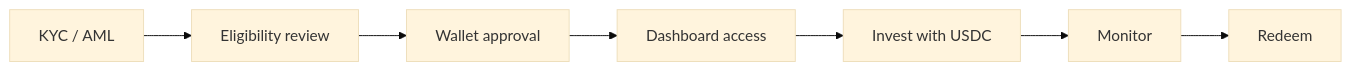
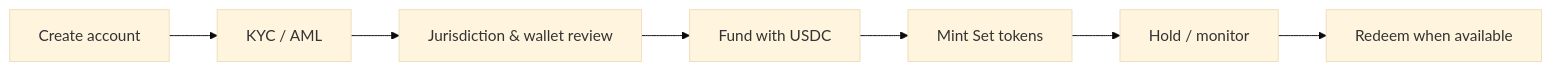
Before and after one commit to Coreset-labs/setmos-docs: the diagram in how-to-invest.mdx, drawn with Mermaid (base theme). The commit also changed other lines of this file and 9 other files, not shown here.

````diff
--- a/how-to-invest.mdx
+++ b/how-to-invest.mdx
@@ -10,9 +10,9 @@
 ```mermaid
 flowchart LR
-  B["KYC / AML"] --> C["Eligibility review"]
-  C --> D["Wallet approval"]
-  D --> E["Dashboard access"]
-  E --> F["Invest with USDC"]
-  F --> G["Monitor"]
-  G --> H["Redeem"]
+  A["Create account"] --> B["KYC / AML"]
+  B --> C["Jurisdiction & wallet review"]
+  C --> D["Fund with USDC"]
+  D --> E["Mint Set tokens"]
+  E --> F["Hold / monitor"]
+  F --> G["Redeem when available"]
 ```
````
